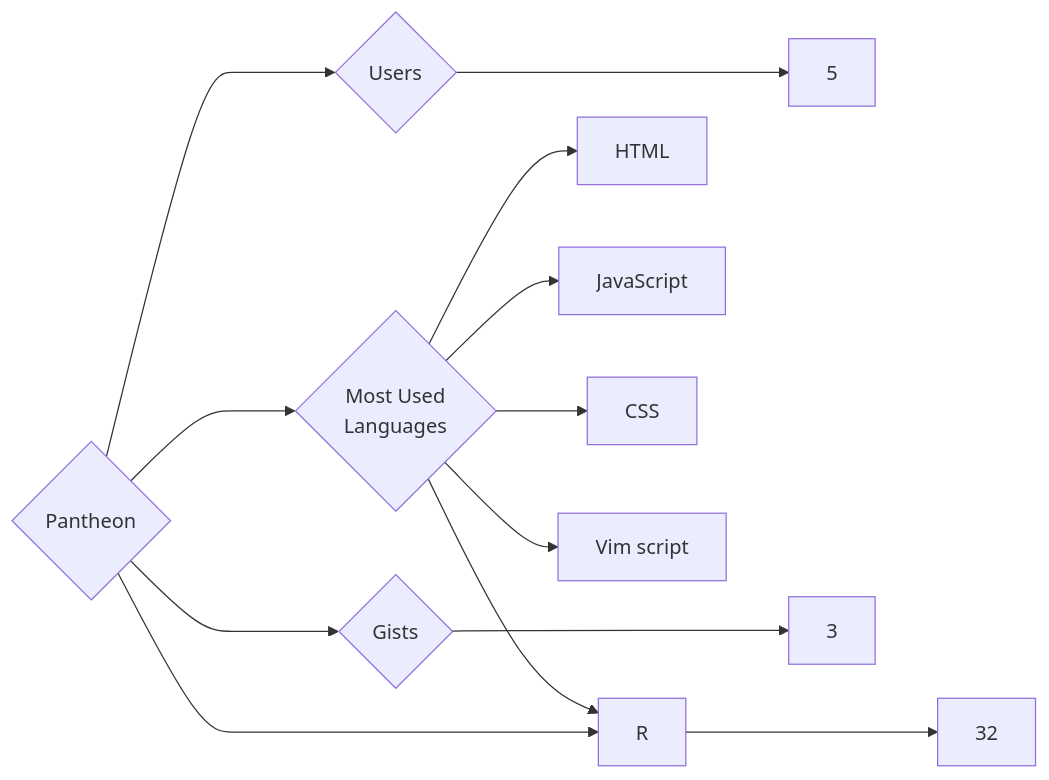
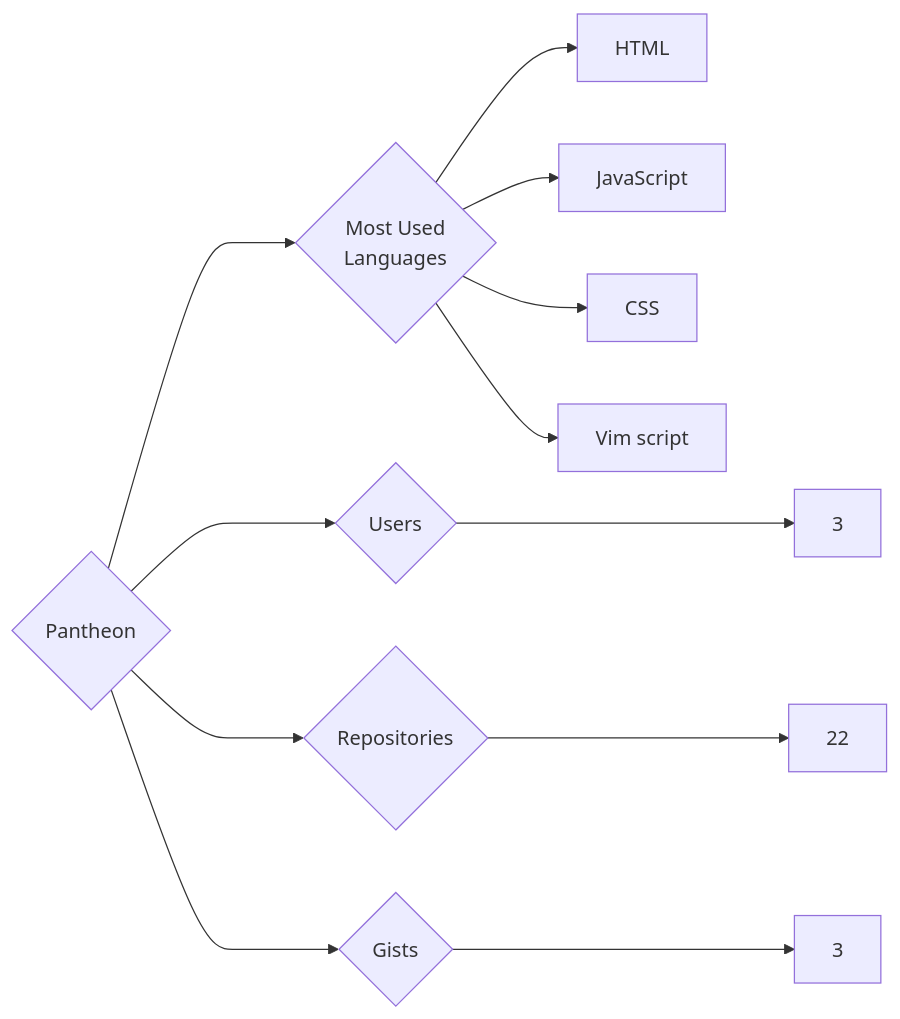
One commit to trickest/insiders changed the diagram in targets/Pantheon/README.md. Above: the diagram before and after it, drawn with Mermaid. The commit also changed 799 other files, not shown here.

````diff
--- a/targets/Pantheon/README.md
+++ b/targets/Pantheon/README.md
@@ -3,13 +3,12 @@
 ```mermaid
 graph LR
 COMPANY_NAME{Pantheon}
-COMPANY_NAME ---> U{Users} ---> UN[5]
-COMPANY_NAME ---> R{Repositories} ---> RN[32]
+COMPANY_NAME ---> U{Users} ---> UN[3]
+COMPANY_NAME ---> R{Repositories} ---> RN[22]
 COMPANY_NAME ---> G{Gists} ---> GN[3]
 COMPANY_NAME ---> ML{Most Used<br>Languages}
 ML --> HTML[HTML]
 ML --> JavaScript[JavaScript]
-ML --> R[R]
 ML --> CSS[CSS]
 ML --> Vim_script[Vim script]
 ```
````
